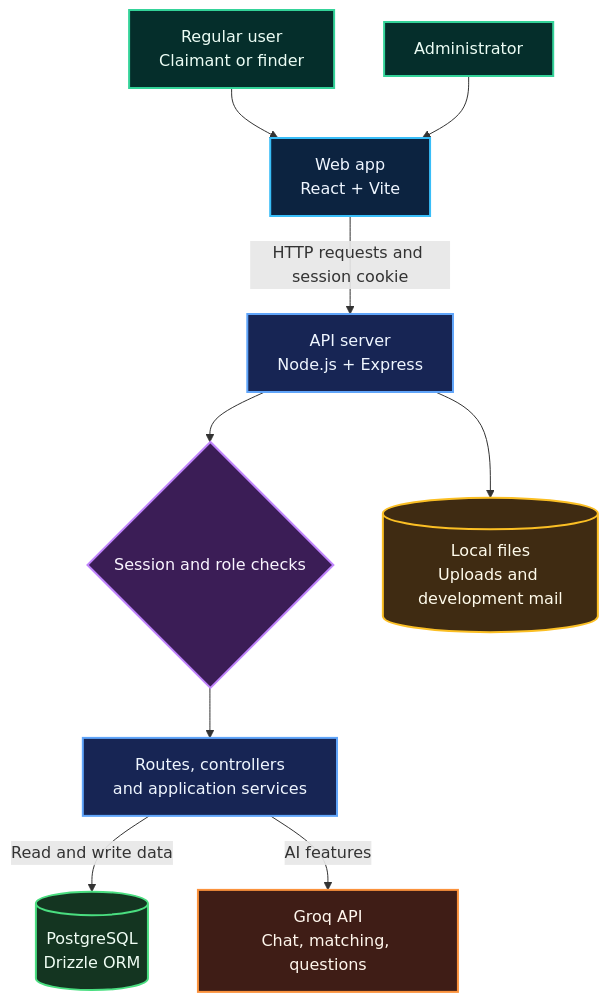
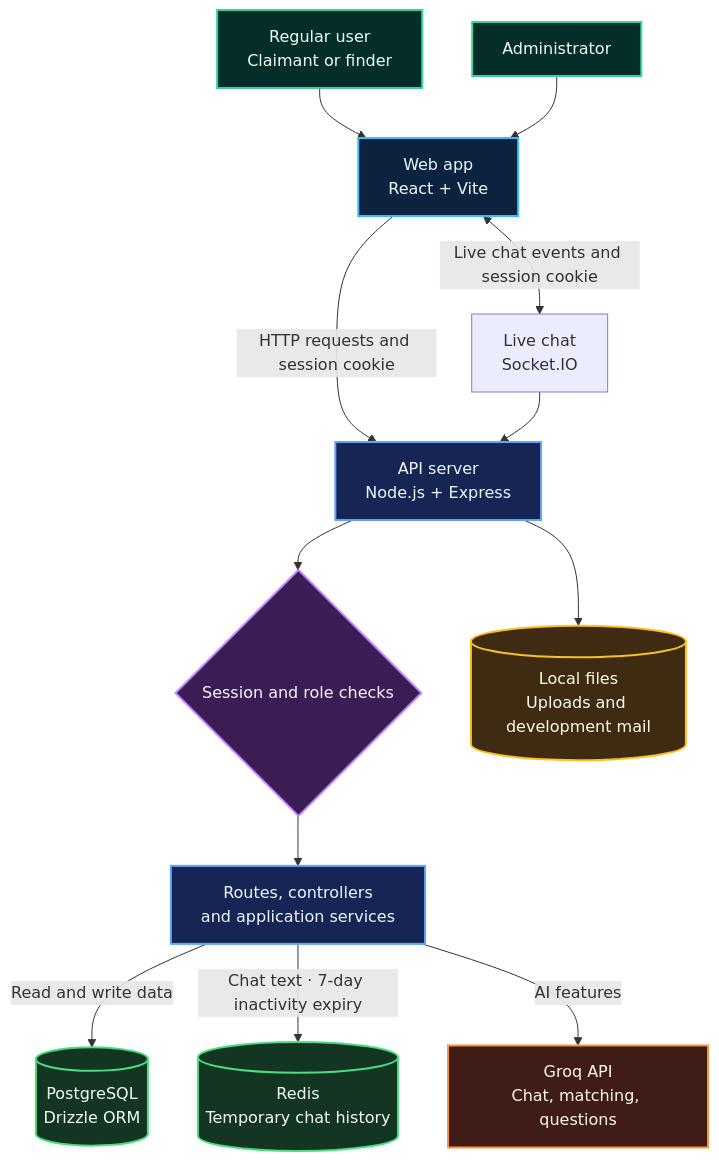
Before and after one commit to Mas-wq/Athar_API_Version: the diagram in README.md, drawn with Mermaid. The commit also changed other lines of this file and 26 other files, not shown here.

Commit message:
Use cashing (redis) and socket io

````diff
--- a/README.md
+++ b/README.md
@@ -57,37 +57,42 @@
 ```mermaid
 flowchart TB
     USER["Regular user<br/>Claimant or finder"]
     ADMIN["Administrator"]
     WEB["Web app<br/>React + Vite"]
     API["API server<br/>Node.js + Express"]
+    SOCKET["Live chat<br/>Socket.IO"]
     GUARD{"Session and role checks"}
     APP["Routes, controllers<br/>and application services"]
     DB[("PostgreSQL<br/>Drizzle ORM")]
+    REDIS[("Redis<br/>Temporary chat history")]
     GROQ["Groq API<br/>Chat, matching, questions"]
     LOCAL[("Local files<br/>Uploads and development mail")]
 
     USER --> WEB
     ADMIN --> WEB
     WEB -->|"HTTP requests and session cookie"| API
+    WEB <-->|"Live chat events and session cookie"| SOCKET
+    SOCKET --> API
     API --> GUARD
     GUARD --> APP
     APP -->|"Read and write data"| DB
+    APP -->|"Chat text · 7-day inactivity expiry"| REDIS
     APP -->|"AI features"| GROQ
     API --> LOCAL
 
     classDef actor fill:#052e2b,stroke:#34d399,color:#ecfdf5,stroke-width:2px
     classDef frontend fill:#0c2340,stroke:#38bdf8,color:#eff6ff,stroke-width:2px
     classDef backend fill:#172554,stroke:#60a5fa,color:#eff6ff,stroke-width:2px
     classDef security fill:#3b1d56,stroke:#c084fc,color:#faf5ff,stroke-width:2px
     classDef data fill:#143521,stroke:#4ade80,color:#f0fdf4,stroke-width:2px
     classDef external fill:#3f1d16,stroke:#fb923c,color:#fff7ed,stroke-width:2px
     classDef local fill:#3f2b12,stroke:#fbbf24,color:#fffbeb,stroke-width:2px
 
     class USER,ADMIN actor
     class WEB frontend
     class API,APP backend
     class GUARD security
-    class DB data
+    class DB,REDIS data
     class GROQ external
     class LOCAL local
 ```
````
